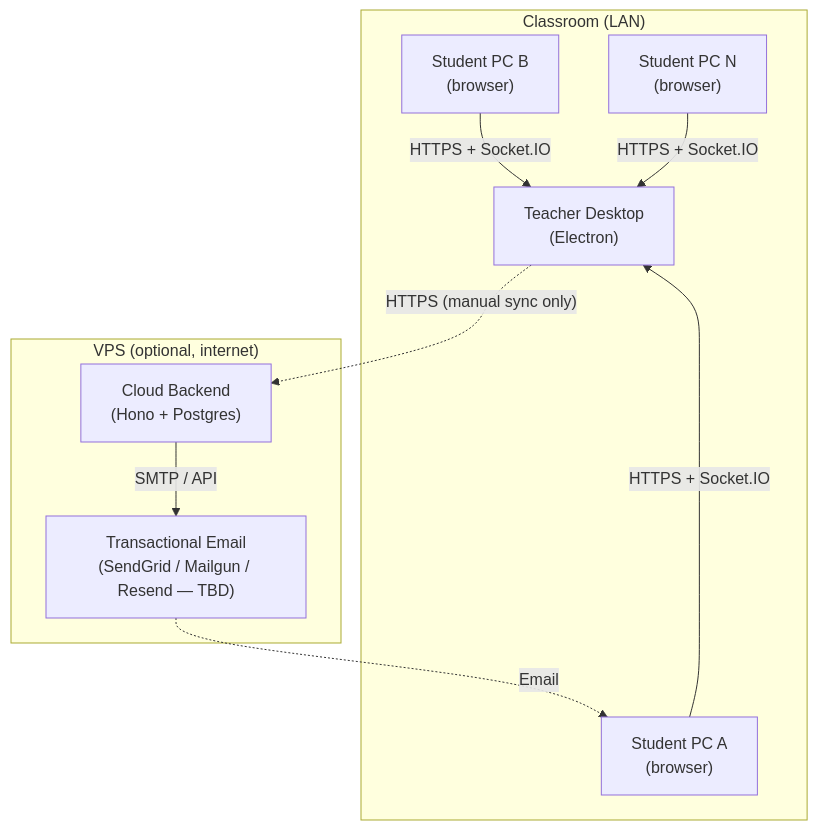
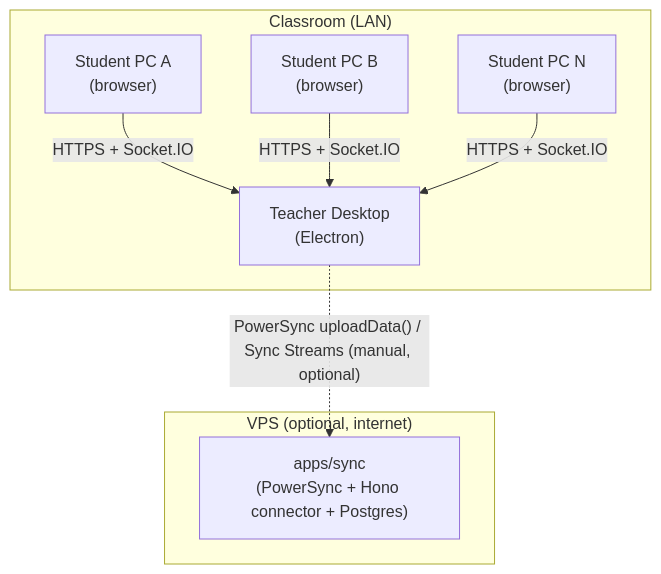
The first of 6 diagrams in docs/architecture.md (Eliezir/OfflineClass), drawn with Mermaid before and after one commit. The commit also changed other lines of this file and 45 other files, not shown here.

Commit message:
feat: implementa offline first com power sync

````diff
--- a/docs/architecture.md
+++ b/docs/architecture.md
@@ -36,22 +36,19 @@
 ```mermaid
 graph TD
   subgraph Classroom["Classroom (LAN)"]
     Desktop["Teacher Desktop<br/>(Electron)"]
     StudentA["Student PC A<br/>(browser)"]
     StudentB["Student PC B<br/>(browser)"]
     StudentN["Student PC N<br/>(browser)"]
   end
 
   subgraph VPS["VPS (optional, internet)"]
-    Cloud["Cloud Backend<br/>(Hono + Postgres)"]
-    Email["Transactional Email<br/>(SendGrid / Mailgun / Resend — TBD)"]
+    Cloud["apps/sync<br/>(PowerSync + Hono connector + Postgres)"]
   end
 
   StudentA -- "HTTPS + Socket.IO" --> Desktop
   StudentB -- "HTTPS + Socket.IO" --> Desktop
   StudentN -- "HTTPS + Socket.IO" --> Desktop
 
-  Desktop -. "HTTPS (manual sync only)" .-> Cloud
-  Cloud -- "SMTP / API" --> Email
-  Email -. "Email" .-> StudentA
+  Desktop -. "PowerSync uploadData() / Sync Streams (manual, optional)" .-> Cloud
 ```
````
